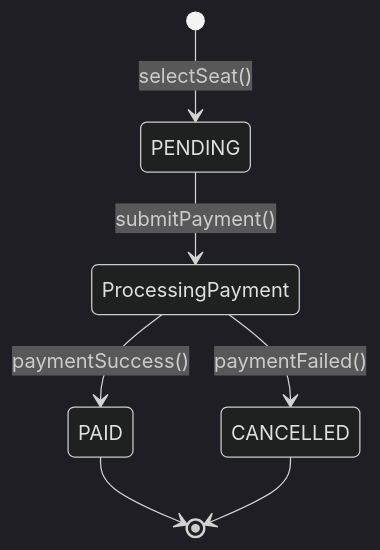
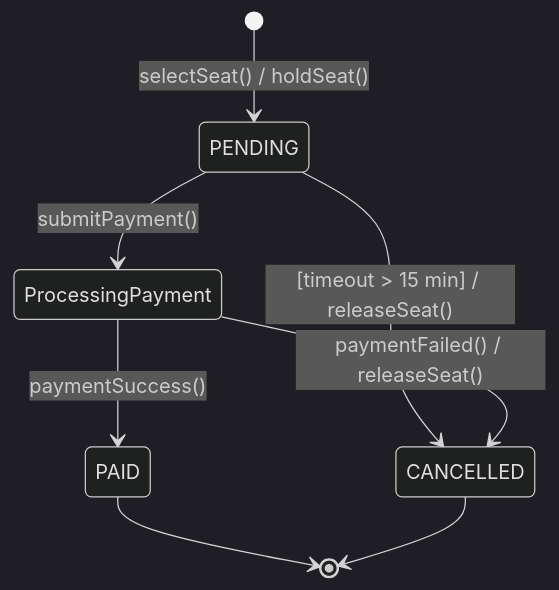
Before and after one commit to MVlance/kpi2_laba: the diagram in README.md, drawn with Mermaid (dark theme).

Commit message:
fix(state-machine): add 15 min timeout and seat release if payment is cancelled or failed

````diff
--- a/README.md
+++ b/README.md
@@ -3,9 +3,13 @@
 ```mermaid
 stateDiagram-v2
-    [*] --> PENDING: selectSeat()
+    [*] --> PENDING: selectSeat() / holdSeat()
+    
+    PENDING --> CANCELLED: [timeout > 15 min] / releaseSeat()
     PENDING --> ProcessingPayment: submitPayment()
+    
     ProcessingPayment --> PAID: paymentSuccess()
-    ProcessingPayment --> CANCELLED: paymentFailed()
+    ProcessingPayment --> CANCELLED: paymentFailed() / releaseSeat()
+    
     PAID --> [*]
     CANCELLED --> [*]
 ```
````
